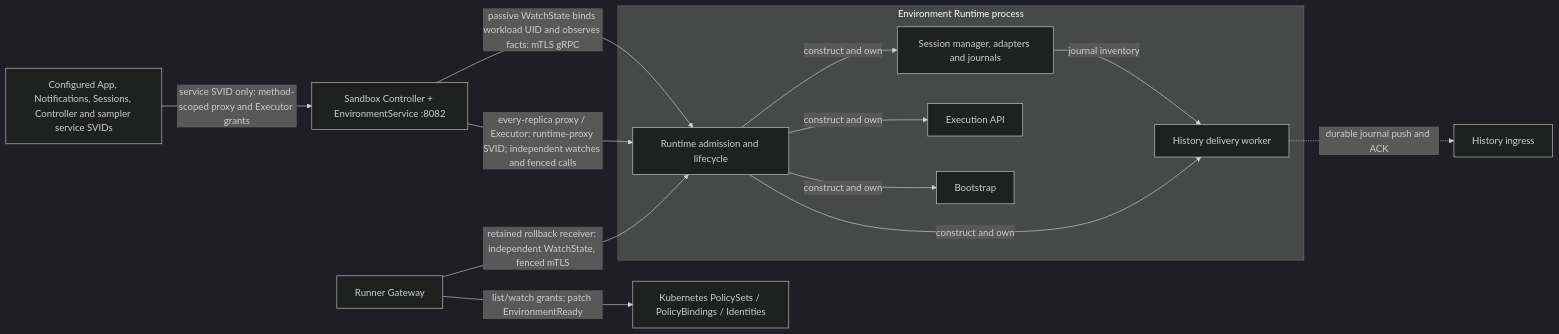
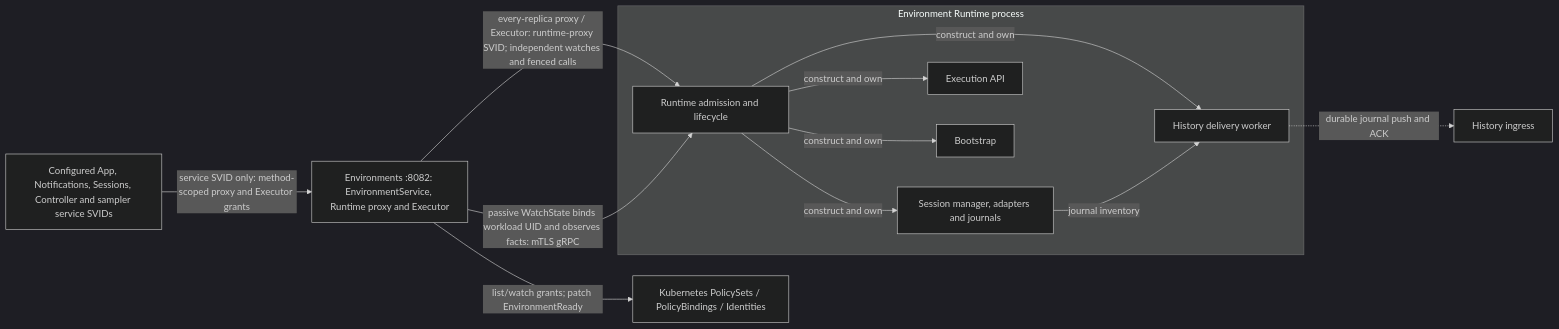
One commit to agentydragon/ducktape changed the seventh of 18 diagrams in agentplane/docs/system_overview.md. Above: the diagram before and after it, drawn with Mermaid (dark theme). The commit also changed other lines of this file and 53 other files, not shown here.

Commit message:
Retire Gateway Runtime proxy and Executor receivers

````diff
--- a/agentplane/docs/system_overview.md
+++ b/agentplane/docs/system_overview.md
@@ -494,22 +491,20 @@
 ```mermaid
 flowchart LR
-    gateway[Runner Gateway]
     services[Configured App, Notifications, Sessions, Controller and sampler service SVIDs]
     services -->|service SVID only: method-scoped proxy and Executor grants| sandboxctl
     subgraph environment_runtime[Environment Runtime process]
       runtime[Runtime admission and lifecycle]
       sessions[Session manager, adapters and journals]
       execution[Execution API]
       bootstrap[Bootstrap]
       delivery[History delivery worker]
       runtime -->|construct and own| sessions & execution & bootstrap & delivery
       sessions -->|journal inventory| delivery
     end
     history[History ingress]
-    gateway -->|retained rollback receiver: independent WatchState, fenced mTLS| runtime
     sandboxctl -->|every-replica proxy / Executor: runtime-proxy SVID; independent watches and fenced calls| runtime
     policy_api[Kubernetes PolicySets / PolicyBindings / Identities]
-    gateway -->|list/watch grants; patch EnvironmentReady| policy_api
-    sandboxctl[Sandbox Controller + EnvironmentService :8082] -->|passive WatchState binds workload UID and observes facts: mTLS gRPC| runtime
+    sandboxctl -->|list/watch grants; patch EnvironmentReady| policy_api
+    sandboxctl[Environments :8082: EnvironmentService, Runtime proxy and Executor] -->|passive WatchState binds workload UID and observes facts: mTLS gRPC| runtime
     delivery -.->|durable journal push and ACK| history
 ```
````
